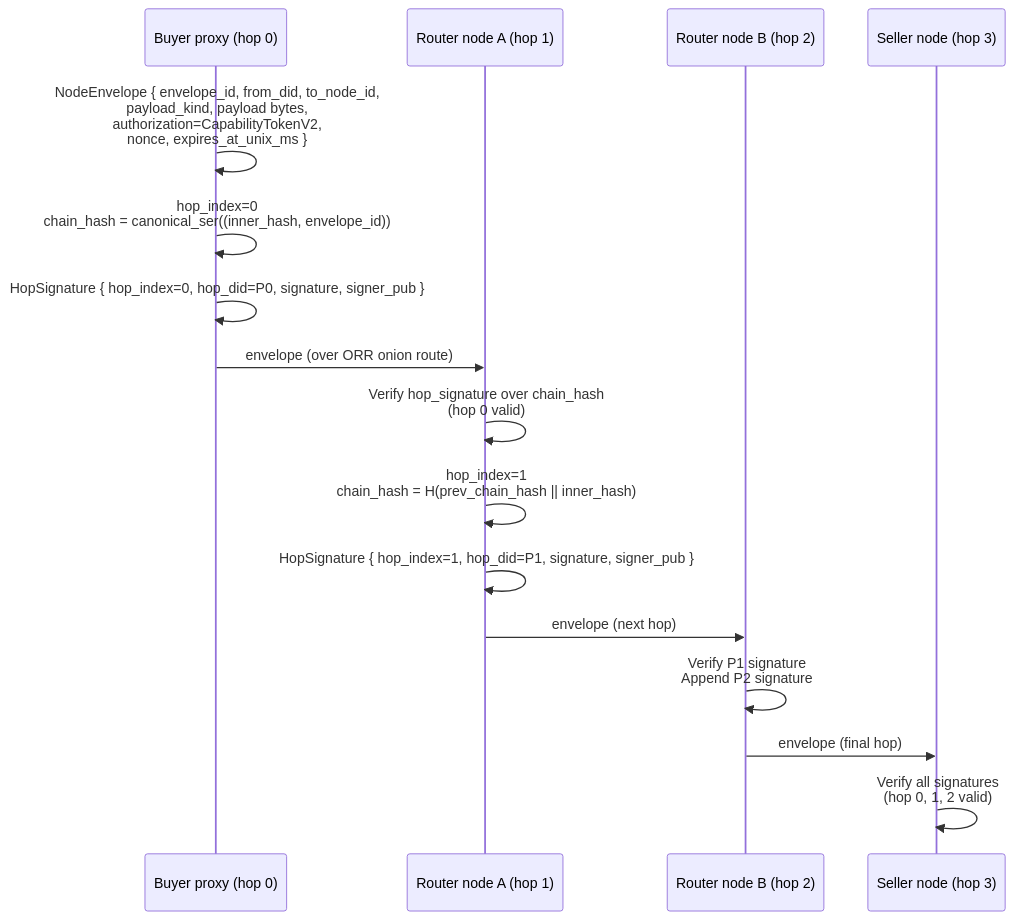
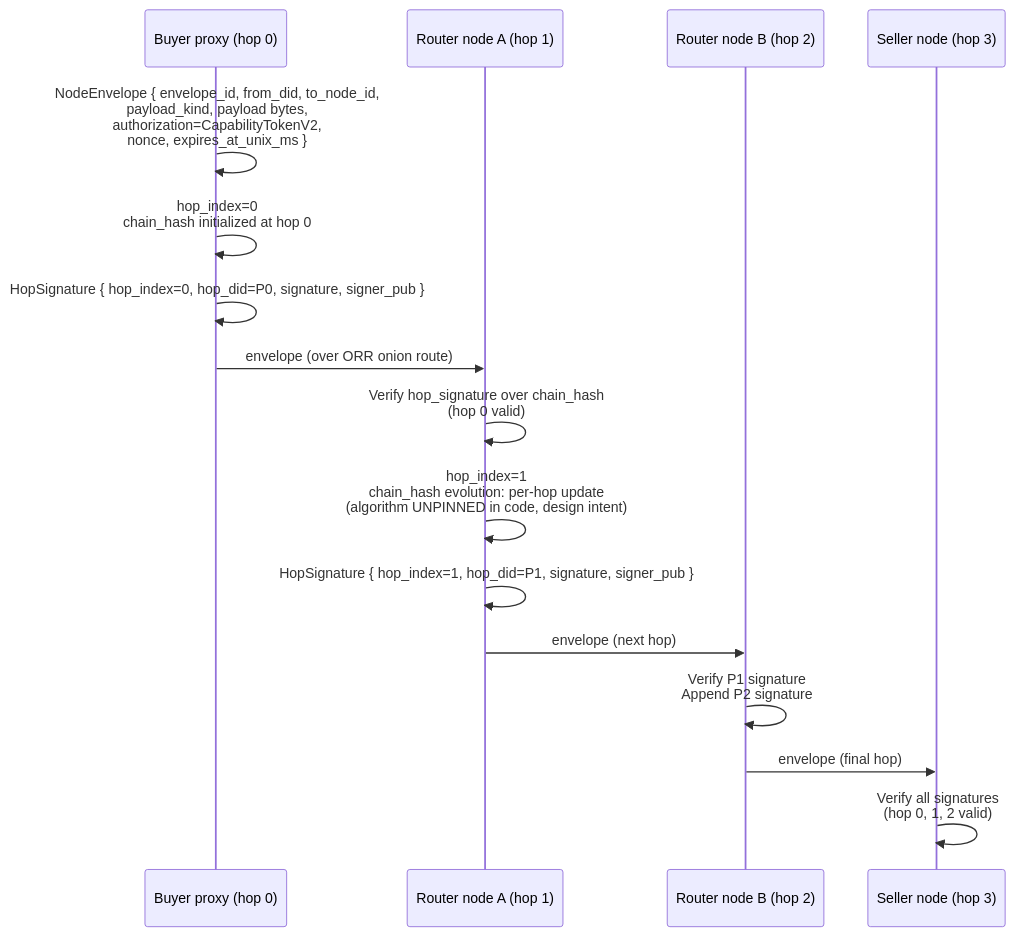
The eighth of 14 diagrams in docs/architecture/end-to-end-scenarios.md (CipherOcto/cipherocto), drawn with Mermaid before and after one commit. The commit also changed other lines of this file, not shown here.

````diff
--- a/docs/architecture/end-to-end-scenarios.md
+++ b/docs/architecture/end-to-end-scenarios.md
@@ -346,19 +346,19 @@
 ```mermaid
 sequenceDiagram
     participant P0 as Buyer proxy (hop 0)
     participant P1 as Router node A (hop 1)
     participant P2 as Router node B (hop 2)
     participant SN as Seller node (hop 3)
 
     P0->>P0: NodeEnvelope { envelope_id, from_did, to_node_id,<br/>  payload_kind, payload bytes,<br/>  authorization=CapabilityTokenV2,<br/>  nonce, expires_at_unix_ms }
-    P0->>P0: hop_index=0<br/>chain_hash = canonical_ser((inner_hash, envelope_id))
+    P0->>P0: hop_index=0<br/>chain_hash initialized at hop 0
     P0->>P0: HopSignature { hop_index=0, hop_did=P0, signature, signer_pub }
     P0->>P1: envelope (over ORR onion route)
     P1->>P1: Verify hop_signature over chain_hash<br/>(hop 0 valid)
-    P1->>P1: hop_index=1<br/>chain_hash = H(prev_chain_hash || inner_hash)
+    P1->>P1: hop_index=1<br/>chain_hash evolution: per-hop update<br/>(algorithm UNPINNED in code, design intent)
     P1->>P1: HopSignature { hop_index=1, hop_did=P1, signature, signer_pub }
     P1->>P2: envelope (next hop)
     P2->>P2: Verify P1 signature<br/>Append P2 signature
     P2->>SN: envelope (final hop)
     SN->>SN: Verify all signatures<br/>(hop 0, 1, 2 valid)
 ```
````
